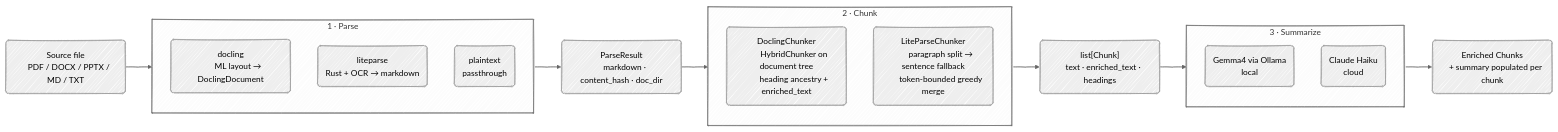
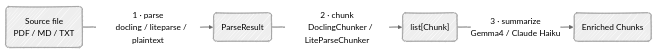
The first of 3 diagrams in README.md (ryq99/search-anything), drawn with Mermaid (neutral theme) before and after one commit. The commit also changed other lines of this file and 4 other files, not shown here.

Commit message:
Restrict ingestion to PDF/MD/TXT and refine pipeline DAGs

````diff
--- a/README.md
+++ b/README.md
@@ -34,45 +34,16 @@
 ```mermaid
 %%{init: {'look': 'handDrawn'}}%%
 flowchart LR
     A("Source file
-    PDF / DOCX / PPTX / MD / TXT")
+    PDF / MD / TXT")
+    B("ParseResult")
+    C("list[Chunk]")
+    D("Enriched Chunks")
 
-    subgraph PARSE["1 · Parse"]
-        direction TB
-        P1("docling
-        ML layout → DoclingDocument")
-        P2("liteparse
-        Rust + OCR → markdown")
-        P3("plaintext
-        passthrough")
-    end
-
-    B("ParseResult
-    markdown · content_hash · doc_dir")
-
-    subgraph CHUNK["2 · Chunk"]
-        direction TB
-        C1("DoclingChunker
-        HybridChunker on document tree
-        heading ancestry + enriched_text")
-        C2("LiteParseChunker
-        paragraph split → sentence fallback
-        token-bounded greedy merge")
-    end
-
-    D("list[Chunk]
-    text · enriched_text · headings")
-
-    subgraph SUM["3 · Summarize"]
-        direction TB
-        S1("Gemma4 via Ollama
-        local")
-        S2("Claude Haiku
-        cloud")
-    end
-
-    E("Enriched Chunks
-    + summary populated per chunk")
-
-    A --> PARSE --> B --> CHUNK --> D --> SUM --> E
+    A -- "1 · parse
+    docling / liteparse / plaintext" --> B
+    B -- "2 · chunk
+    DoclingChunker / LiteParseChunker" --> C
+    C -- "3 · summarize
+    Gemma4 / Claude Haiku" --> D
 ```
````
